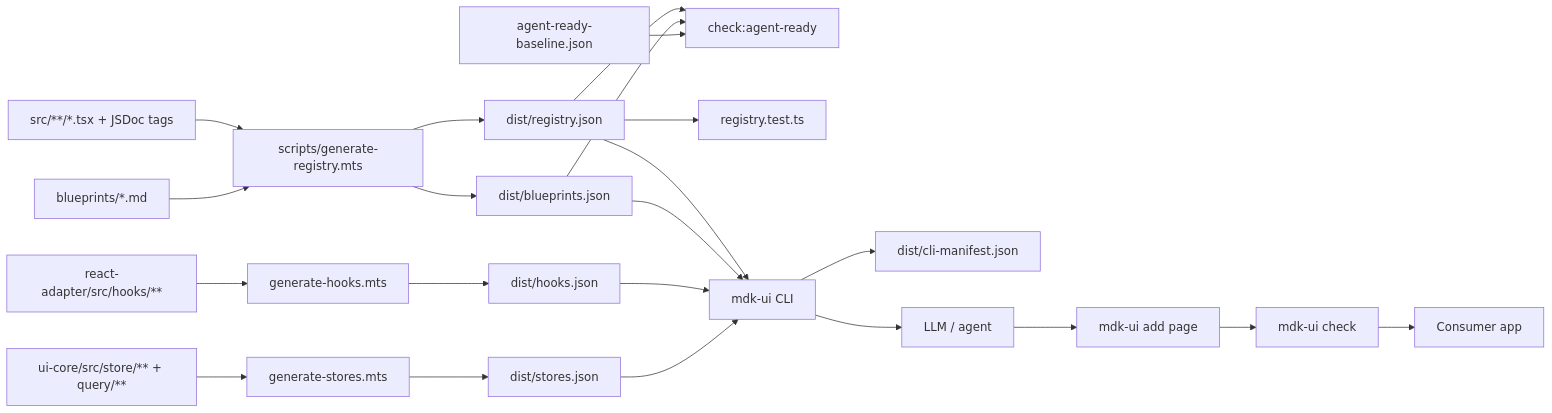
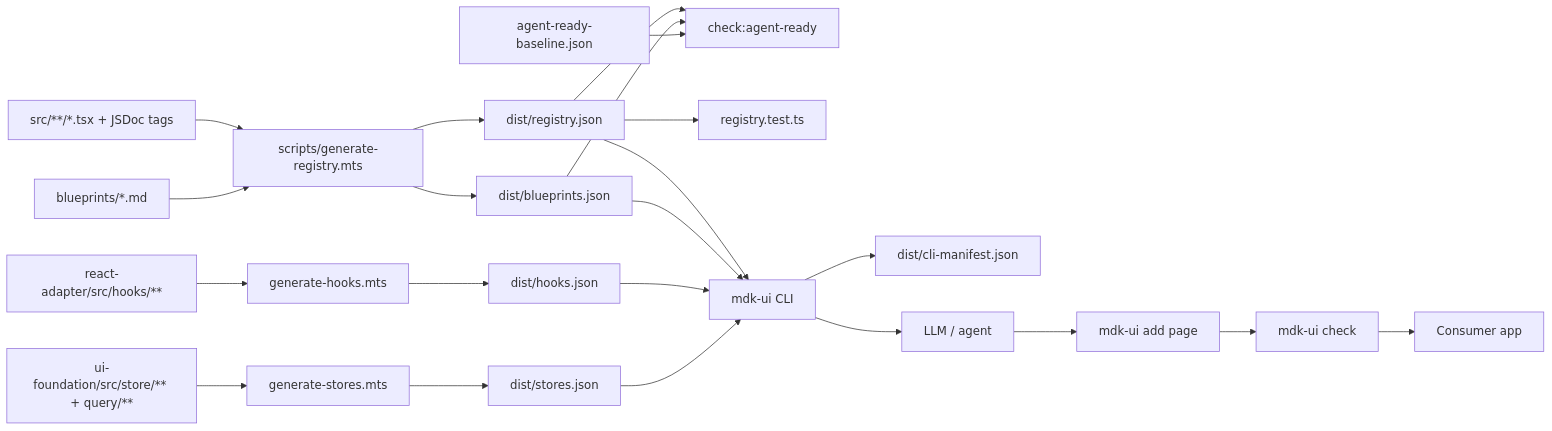
One commit to tetherto/mdk changed the first of 2 diagrams in ui/docs/AGENT_FIRST.md. Above: the diagram before and after it, drawn with Mermaid. The commit also changed other lines of this file and 4406 other files, not shown here.

````diff
--- a/ui/docs/AGENT_FIRST.md
+++ b/ui/docs/AGENT_FIRST.md
@@ -65,43 +65,43 @@
 ```mermaid
 flowchart LR
   src["src/**/*.tsx + JSDoc tags"]
   blueprintsMd["blueprints/*.md"]
   adapterSrc["react-adapter/src/hooks/**"]
-  coreSrc["ui-core/src/store/** + query/**"]
+  coreSrc["ui-foundation/src/store/** + query/**"]
   gen["scripts/generate-registry.mts"]
   genHooks["generate-hooks.mts"]
   genStores["generate-stores.mts"]
   reg["dist/registry.json"]
   bp["dist/blueprints.json"]
   hooks["dist/hooks.json"]
   stores["dist/stores.json"]
   manifest["dist/cli-manifest.json"]
   baseline["agent-ready-baseline.json"]
   check["check:agent-ready"]
   smoke["registry.test.ts"]
   cli["mdk-ui CLI"]
   agent["LLM / agent"]
   app["Consumer app"]
 
   src --> gen
   blueprintsMd --> gen
   adapterSrc --> genHooks
   coreSrc --> genStores
   gen --> reg
   gen --> bp
   genHooks --> hooks
   genStores --> stores
   reg --> check
   bp --> check
   baseline --> check
   reg --> smoke
   reg --> cli
   bp --> cli
   hooks --> cli
   stores --> cli
   cli --> manifest
   cli --> agent
   agent --> scaffold["mdk-ui add page"]
   scaffold --> verify["mdk-ui check"]
   verify --> app
 ```
````
